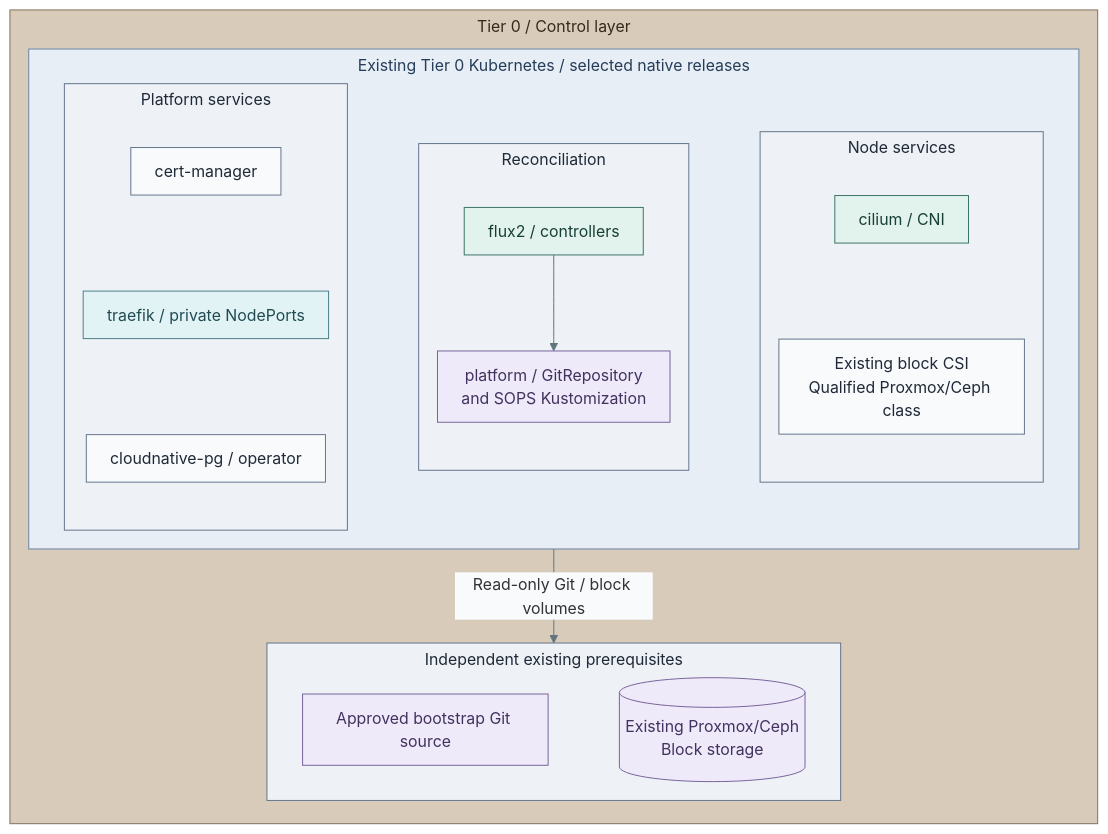
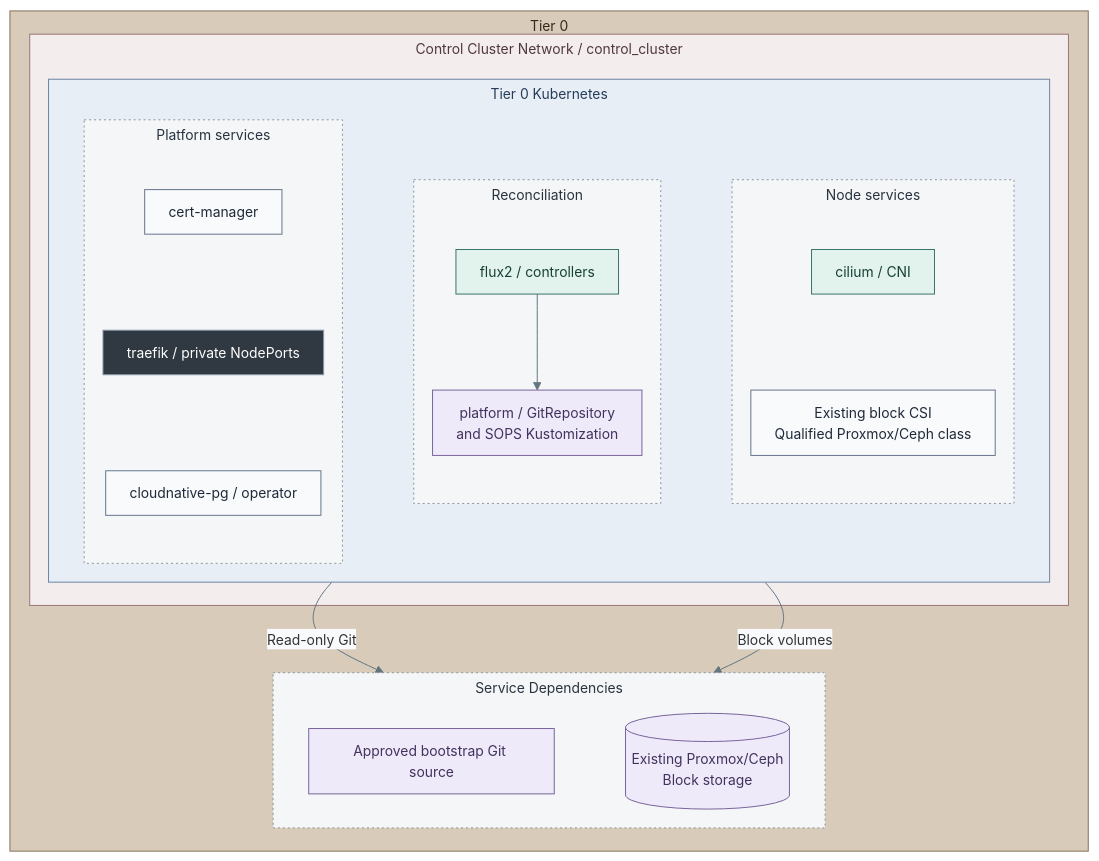
One commit to Rexus/homelab changed the second of 3 diagrams in docs/03-deployment/stage-4-kubernetes/README.md. Above: the diagram before and after it, drawn with Mermaid. The commit also changed other lines of this file and 124 other files, not shown here.

First line of the commit message:
fix(platform): align service diagrams and directory failover

````diff
--- a/docs/03-deployment/stage-4-kubernetes/README.md
+++ b/docs/03-deployment/stage-4-kubernetes/README.md
@@ -241,51 +251,58 @@
 ```mermaid
-%%{init: {"theme":"base","flowchart":{"nodeSpacing":18,"rankSpacing":22,"padding":12,"subGraphTitleMargin":{"top":4,"bottom":12}},"themeVariables":{"lineColor":"#627581","edgeLabelBackground":"#f8fafc"}}}%%
+%%{init: {"theme":"base","flowchart":{"nodeSpacing":18,"rankSpacing":22,"padding":12,"subGraphTitleMargin":{"top":4,"bottom":18}},"themeVariables":{"lineColor":"#627581","edgeLabelBackground":"#f8fafc","fontFamily":"Arial, sans-serif","fontSize":"14px"},"fontFamily":"Arial, sans-serif"}}%%
 flowchart TB
-  subgraph T0["Tier 0 / Control layer"]
+  subgraph T0["Tier 0"]
     direction TB
-    subgraph Cluster["Existing Tier 0 Kubernetes / selected native releases"]
-      direction LR
-      subgraph Apps["Platform services"]
-        direction TB
-        TLS["cert-manager"]
-        Ingress["traefik / private NodePorts"]
-        Database["cloudnative-pg / operator"]
-        TLS ~~~ Ingress ~~~ Database
+    subgraph ControlNetwork["Control Cluster Network / control_cluster"]
+      subgraph Cluster["Tier 0 Kubernetes"]
+        direction LR
+        subgraph Apps["Platform services"]
+          direction TB
+          TLS["cert-manager"]
+          Ingress["traefik / private NodePorts"]
+          Database["cloudnative-pg / operator"]
+          TLS ~~~ Ingress ~~~ Database
+        end
+        subgraph Reconcile["Reconciliation"]
+          direction TB
+          Flux["flux2 / controllers"]
+          Source["platform / GitRepository<br/>and SOPS Kustomization"]
+          Flux --> Source
+        end
+        subgraph NodeServices["Node services"]
+          direction TB
+          Network["cilium / CNI"]
+          Storage["Existing block CSI<br/>Qualified Proxmox/Ceph class"]
+          Network ~~~ Storage
+        end
+        Apps ~~~ Reconcile ~~~ NodeServices
       end
-      subgraph Reconcile["Reconciliation"]
-        direction TB
-        Flux["flux2 / controllers"]
-        Source["platform / GitRepository<br/>and SOPS Kustomization"]
-        Flux --> Source
-      end
-      subgraph NodeServices["Node services"]
-        direction TB
-        Network["cilium / CNI"]
-        Storage["Existing block CSI<br/>Qualified Proxmox/Ceph class"]
-        Network ~~~ Storage
-      end
-      Apps ~~~ Reconcile ~~~ NodeServices
     end
-    subgraph Existing["Independent existing prerequisites"]
+    subgraph Existing["Service Dependencies"]
       direction LR
       Git["Approved bootstrap Git source"]
       PVE[("Existing Proxmox/Ceph<br/>Block storage")]
       Git ~~~ PVE
     end
-    Cluster -->|Read-only Git / block volumes| Existing
+    Flux -->|Read-only Git| Git
+    Storage -->|Block volumes| PVE
   end
   classDef default fill:#f8fafc,stroke:#64748b,color:#1f2937
   classDef control fill:#e2f3ed,stroke:#397366,color:#173f36
   classDef runtime fill:#d9eeec,stroke:#4d7b77,color:#173f3e
   classDef boundary fill:#eef2f6,stroke:#64748b,color:#1f2937
   classDef data fill:#eeeafa,stroke:#78639b,color:#42325d
   class Flux,Network control
-  class Apps,Reconcile,NodeServices,Existing boundary
   class Source,Git,PVE data
   classDef kubernetes fill:#e8eef6,stroke:#6b83a3,color:#263d59
   class Cluster kubernetes
-  classDef traffic fill:#e1f3f5,stroke:#4c7f88,color:#214a52
+  classDef traffic fill:#303841,stroke:#8a9baa,color:#ffffff
   class Ingress traffic
   classDef tier0 fill:#d8cbb9,stroke:#83715a,color:#352a1e
   class T0 tier0
+  classDef zoneControl fill:#c9e0d5,stroke:#397366,color:#173f36
+  classDef network fill:#f4eded,stroke:#9b7378,color:#50383d
+  class ControlNetwork network
+  classDef group fill:#f5f6f7,stroke:#89939e,color:#273340,stroke-dasharray:2 3
+  class Apps,Reconcile,NodeServices,Existing group
 ```
````
